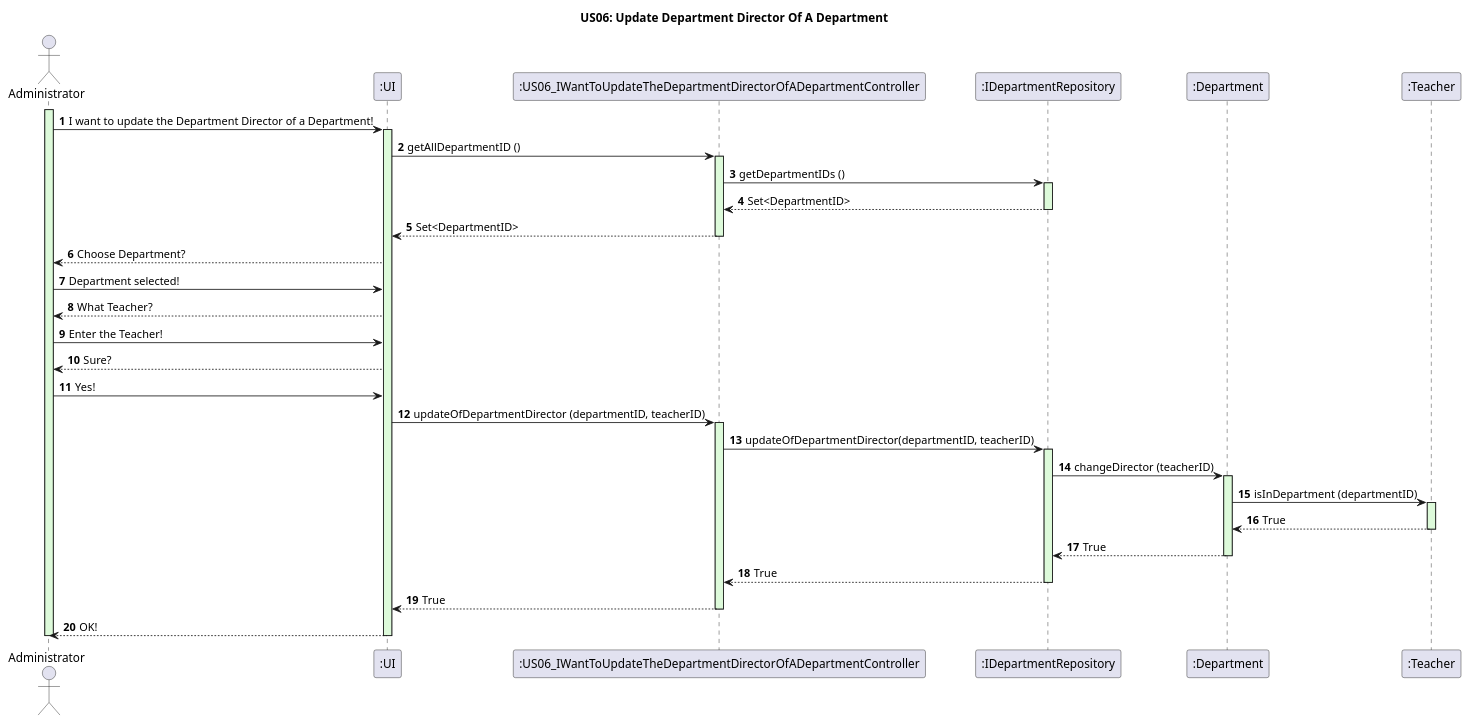
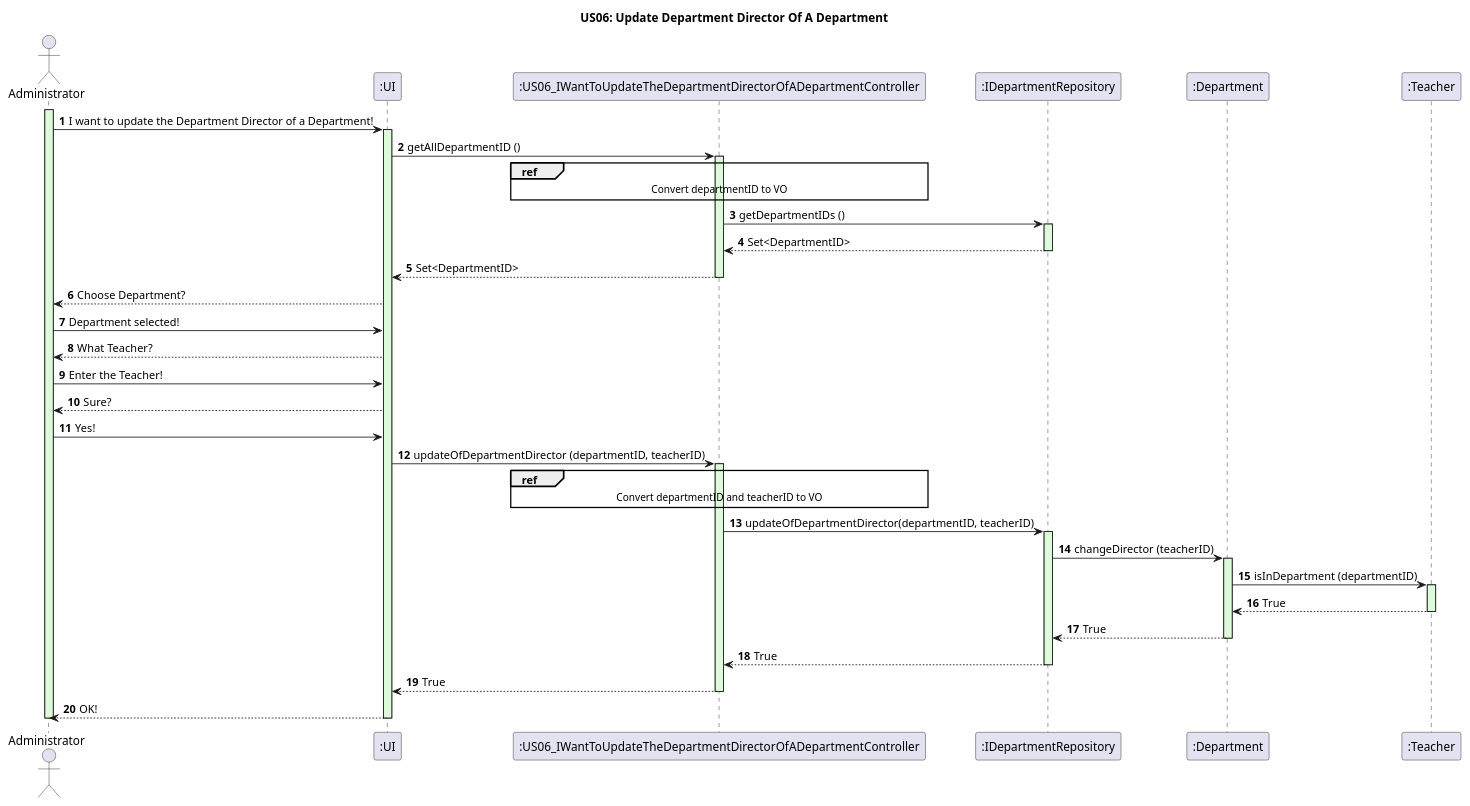
The diagram in docs/US06/US06_DDD_UpdateDepartmentDirectorOfADepartment_SequenceDiagram.puml (GasparISEP/DevOps-PAI), drawn with PlantUML before and after one commit. The commit also changed 1 other file, not shown here.

Commit message:
Closes #80: refactor US06 sequence diagram to reflect conversion of DepartmentID and TeacherID to VO

```diff
--- a/docs/US06/US06_DDD_UpdateDepartmentDirectorOfADepartment_SequenceDiagram.puml
+++ b/docs/US06/US06_DDD_UpdateDepartmentDirectorOfADepartment_SequenceDiagram.puml
@@ -1,62 +1,70 @@
 @startuml
 autonumber
 
 title US06: Update Department Director Of A Department
 actor Administrator
 participant ":UI" as UI
 participant ":US06_IWantToUpdateTheDepartmentDirectorOfADepartmentController" as Controller
 participant ":IDepartmentRepository" as IDepartmentRepository
 participant ":Department" as Department
 participant ":Teacher" as Teacher
 
 
 activate Administrator #ddfada
 Administrator -> UI: I want to update the Department Director of a Department!
 activate UI #ddfada
 
 UI -> Controller: getAllDepartmentID ()
 activate Controller #ddfada
+
+ref over Controller
+    Convert departmentID to VO
+end ref
 
 Controller -> IDepartmentRepository: getDepartmentIDs ()
 activate IDepartmentRepository #ddfada
 IDepartmentRepository --> Controller: Set<DepartmentID>
 deactivate IDepartmentRepository
 
 Controller --> UI: Set<DepartmentID>
 deactivate Controller
 
 
 UI --> Administrator: Choose Department?
 Administrator -> UI: Department selected!
 UI --> Administrator: What Teacher?
 Administrator -> UI: Enter the Teacher!
 UI --> Administrator: Sure?
 Administrator -> UI: Yes!
 
 
 UI -> Controller :  updateOfDepartmentDirector (departmentID, teacherID)
 activate Controller #ddfada
+
+ref over Controller
+    Convert departmentID and teacherID to VO
+end ref
 
 Controller -> IDepartmentRepository: updateOfDepartmentDirector(departmentID, teacherID)
 activate IDepartmentRepository  #ddfada
 
 IDepartmentRepository -> Department: changeDirector (teacherID)
 activate Department #ddfada
 Department -> Teacher: isInDepartment (departmentID)
 activate Teacher #ddfada
 Teacher --> Department: True
 deactivate Teacher
 Department --> IDepartmentRepository: True
 deactivate Department
 IDepartmentRepository --> Controller: True
 deactivate IDepartmentRepository
 Controller --> UI: True
 deactivate Controller
 
 
 UI --> Administrator: OK!
 deactivate UI
 deactivate Administrator
 
 
 @enduml
```
